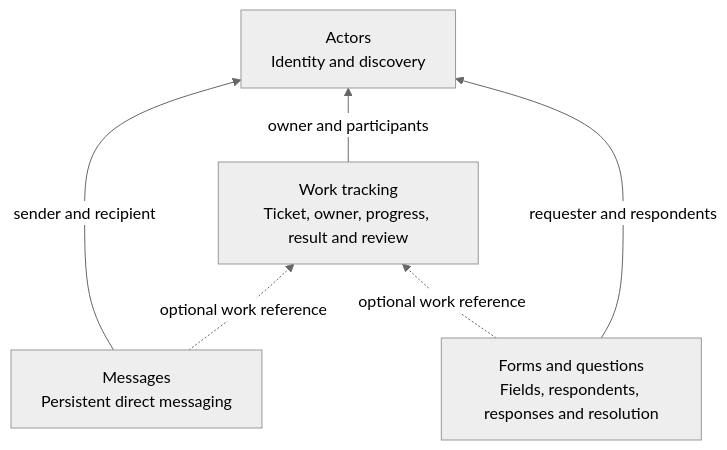
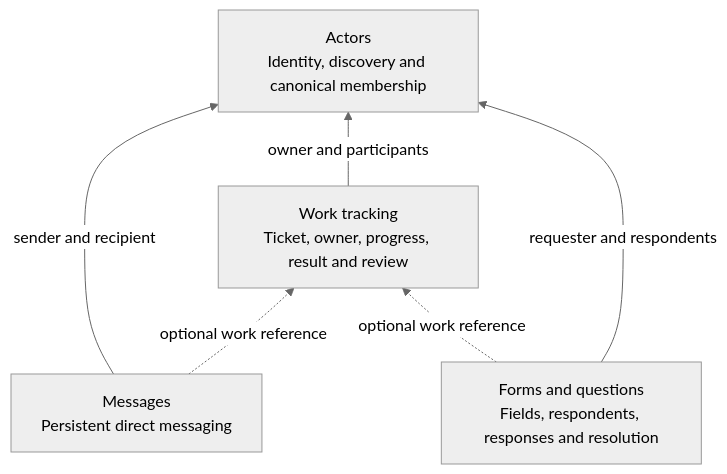
One commit to uniac-ai/AgenticWorkspace changed the first of 2 diagrams in docs/design.md. Above: the diagram before and after it, drawn with Mermaid (neutral theme). The commit also changed other lines of this file and 16 other files, not shown here.

````diff
--- a/docs/design.md
+++ b/docs/design.md
@@ -9,12 +9,12 @@
 ```mermaid
 flowchart BT
-    A["Actors<br/>Identity and discovery"]
+    A["Actors<br/>Identity, discovery and canonical membership"]
     M["Messages<br/>Persistent direct messaging"]
     T["Work tracking<br/>Ticket, owner, progress, result and review"]
     F["Forms and questions<br/>Fields, respondents, responses and resolution"]
     F -.->|"optional work reference"| T
     M -->|"sender and recipient"| A
     T -->|"owner and participants"| A
     F -->|"requester and respondents"| A
     M -.->|"optional work reference"| T
 ```
````
